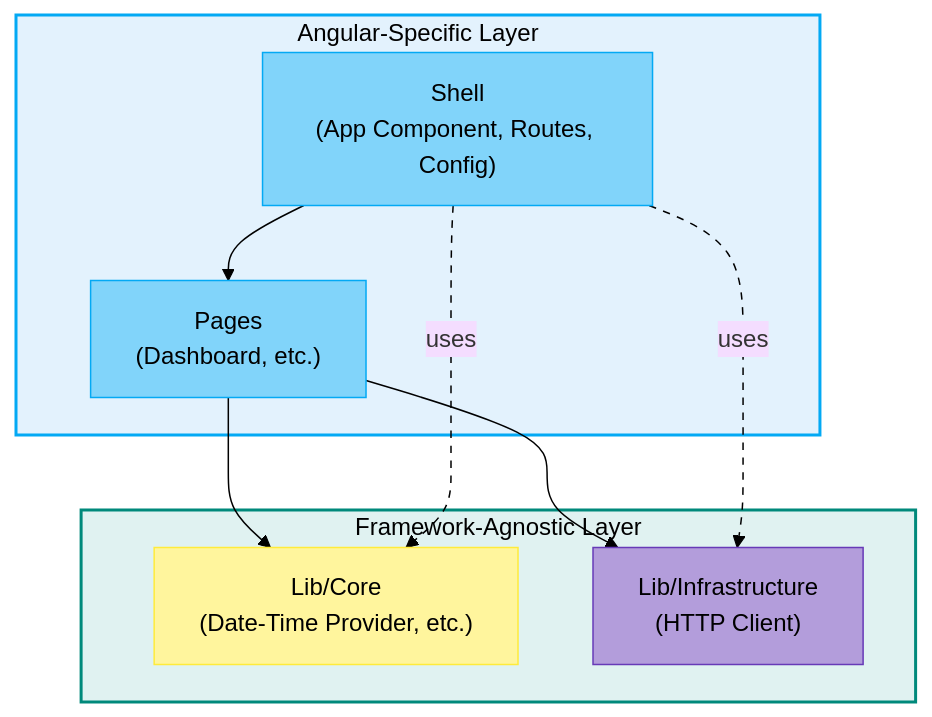
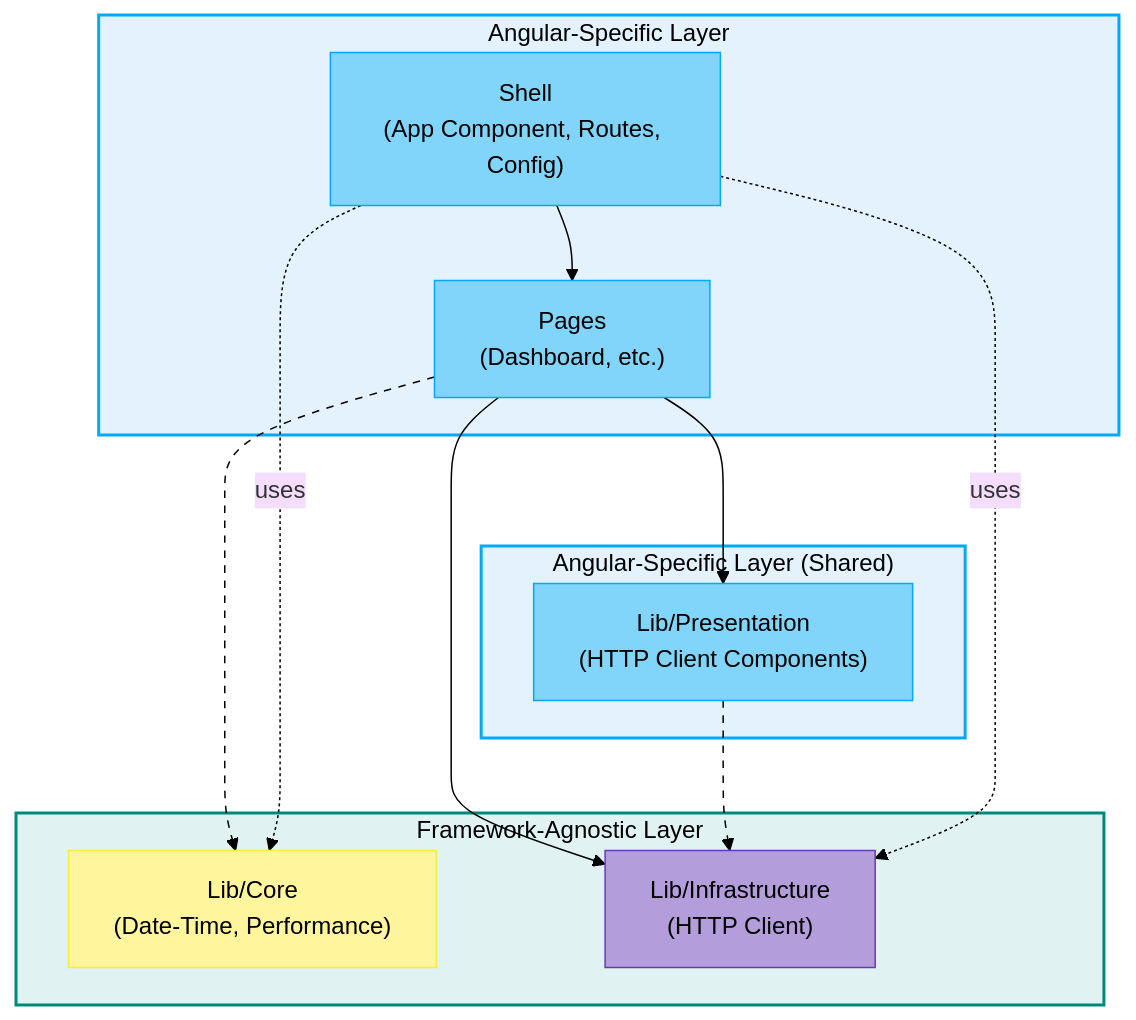
Before and after one commit to najbartomasz/comicbook-vault.apps.gui: the diagram in docs/ARCHITECTURE.md, drawn with Mermaid (base theme). The commit also changed other lines of this file and 12 other files, not shown here.

Commit message:
Inject vault http client function with sunny day integration spec.

````diff
--- a/docs/ARCHITECTURE.md
+++ b/docs/ARCHITECTURE.md
@@ -37,29 +37,37 @@
 ```mermaid
 flowchart TB
     subgraph Angular["Angular-Specific Layer"]
         Shell["Shell<br/>(App Component, Routes, Config)"]
         Pages["Pages<br/>(Dashboard, etc.)"]
     end
 
     subgraph Pure["Framework-Agnostic Layer"]
-        LibCore["Lib/Core<br/>(Date-Time Provider, etc.)"]
+        LibCore["Lib/Core<br/>(Date-Time, Performance)"]
         LibInfra["Lib/Infrastructure<br/>(HTTP Client)"]
     end
 
+    subgraph Angular2["Angular-Specific Layer (Shared)"]
+        LibPres["Lib/Presentation<br/>(HTTP Client Components)"]
+    end
+
     Shell --> Pages
+    Pages --> LibPres
     Pages --> LibInfra
     Pages --> LibCore
+    LibPres --> LibInfra
     Shell -.uses.-> LibInfra
     Shell -.uses.-> LibCore
 
     style Angular fill:#e3f2fd,stroke:#03A9F4,stroke-width:2px,color:#000000
+    style Angular2 fill:#e3f2fd,stroke:#03A9F4,stroke-width:2px,color:#000000
     style Pure fill:#E0F2F1,stroke:#00897B,stroke-width:2px,color:#000000
     style Shell fill:#81D4FA,color:#000000,stroke:#03A9F4,stroke-width:1px
     style Pages fill:#81D4FA,color:#000000,stroke:#03A9F4,stroke-width:1px
+    style LibPres fill:#81D4FA,color:#000000,stroke:#03A9F4,stroke-width:1px
     style LibCore fill:#FFF59D,color:#000000,stroke:#FFEB3B,stroke-width:1px
     style LibInfra fill:#B39DDB,color:#000000,stroke:#673AB7,stroke-width:1px
 
     linkStyle default stroke:#000000,stroke-width:1px
     linkStyle 3 stroke:#000000,stroke-width:1px,stroke-dasharray:5
     linkStyle 4 stroke:#000000,stroke-width:1px,stroke-dasharray:5
 ```
````
